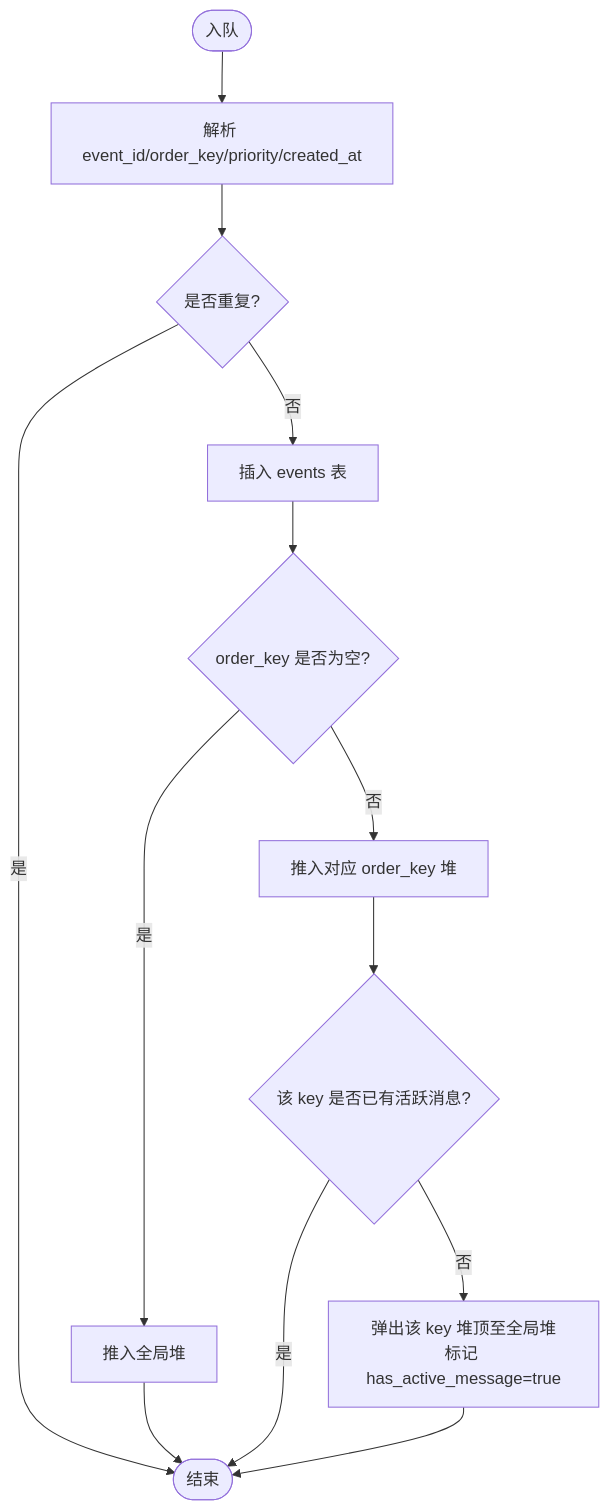
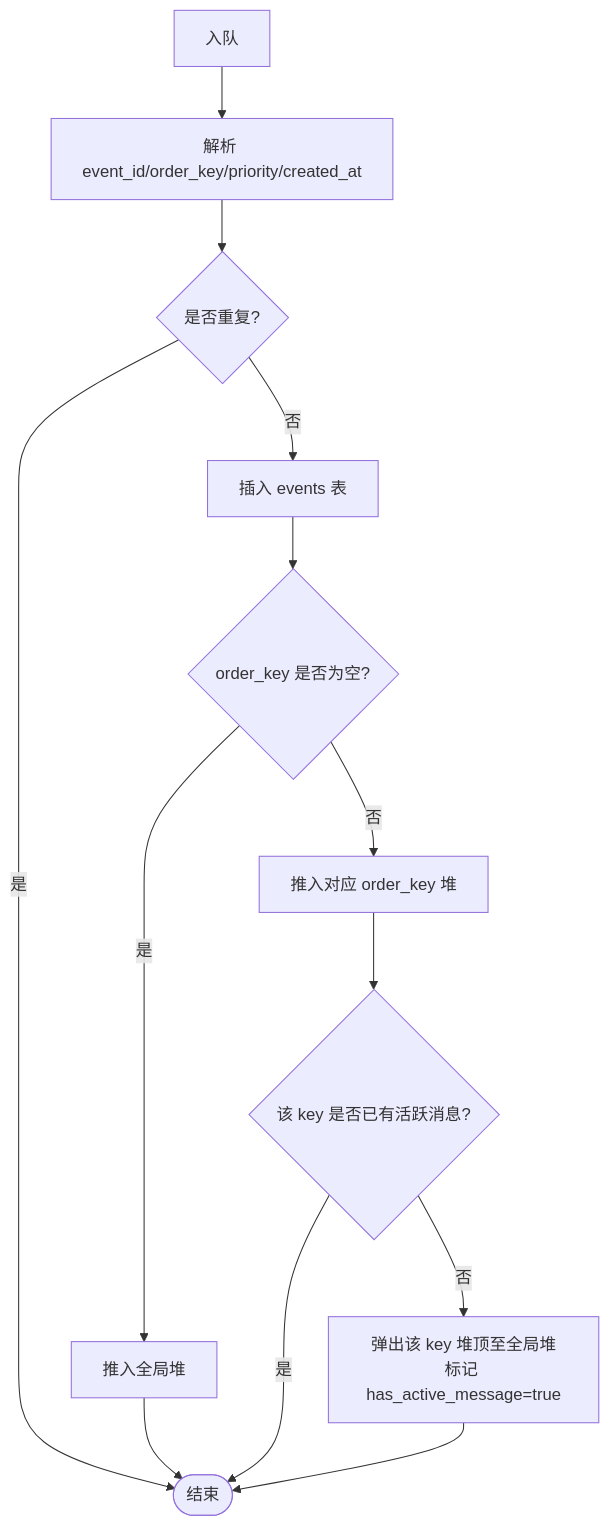
Before and after one commit to runningcoders/ai_orz: the third of 4 diagrams in docs/wiki/zh/content/基础设施/AOP 事件系统/事件队列管理.md, drawn with Mermaid. The commit also changed other lines of this file and 37 other files, not shown here.

````diff
--- a/docs/wiki/zh/content/基础设施/AOP 事件系统/事件队列管理.md
+++ b/docs/wiki/zh/content/基础设施/AOP 事件系统/事件队列管理.md
@@ -160,15 +176,15 @@
 ```mermaid
-flowchart TD
-Start(["入队"]) --> Parse["解析 event_id/order_key/priority/created_at"]
+graph TB
+Start["入队"] --> Parse["解析 event_id/order_key/priority/created_at"]
 Parse --> Dup{"是否重复?"}
 Dup -- 是 --> End(["结束"])
 Dup -- 否 --> InsertMap["插入 events 表"]
 InsertMap --> KeyCheck{"order_key 是否为空?"}
 KeyCheck -- 是 --> PushGlobal["推入全局堆"]
 KeyCheck -- 否 --> PushKey["推入对应 order_key 堆"]
 PushKey --> Active{"该 key 是否已有活跃消息?"}
 Active -- 是 --> End
 Active -- 否 --> PromoteTop["弹出该 key 堆顶至全局堆<br/>标记 has_active_message=true"]
 PushGlobal --> End
 PromoteTop --> End
 ```
````
